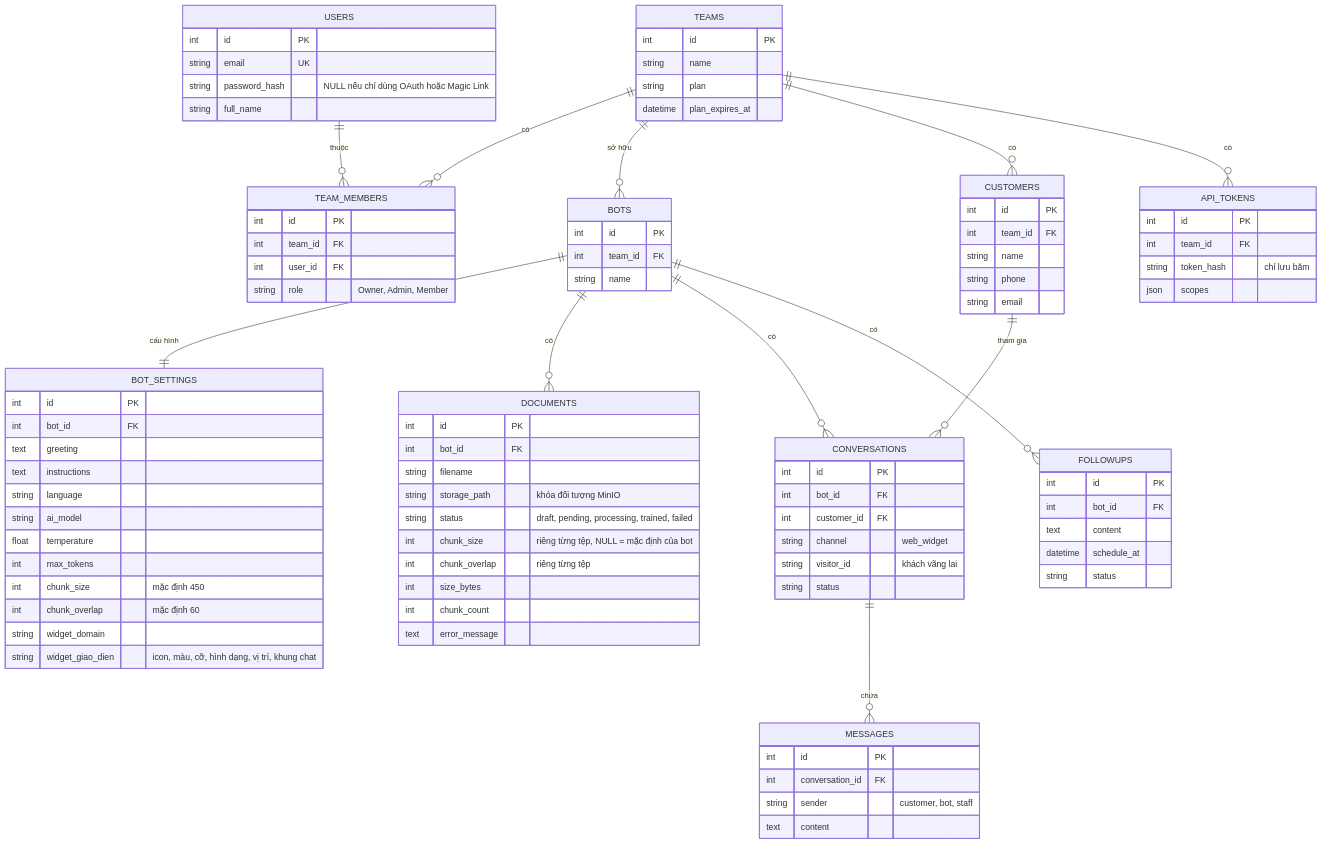
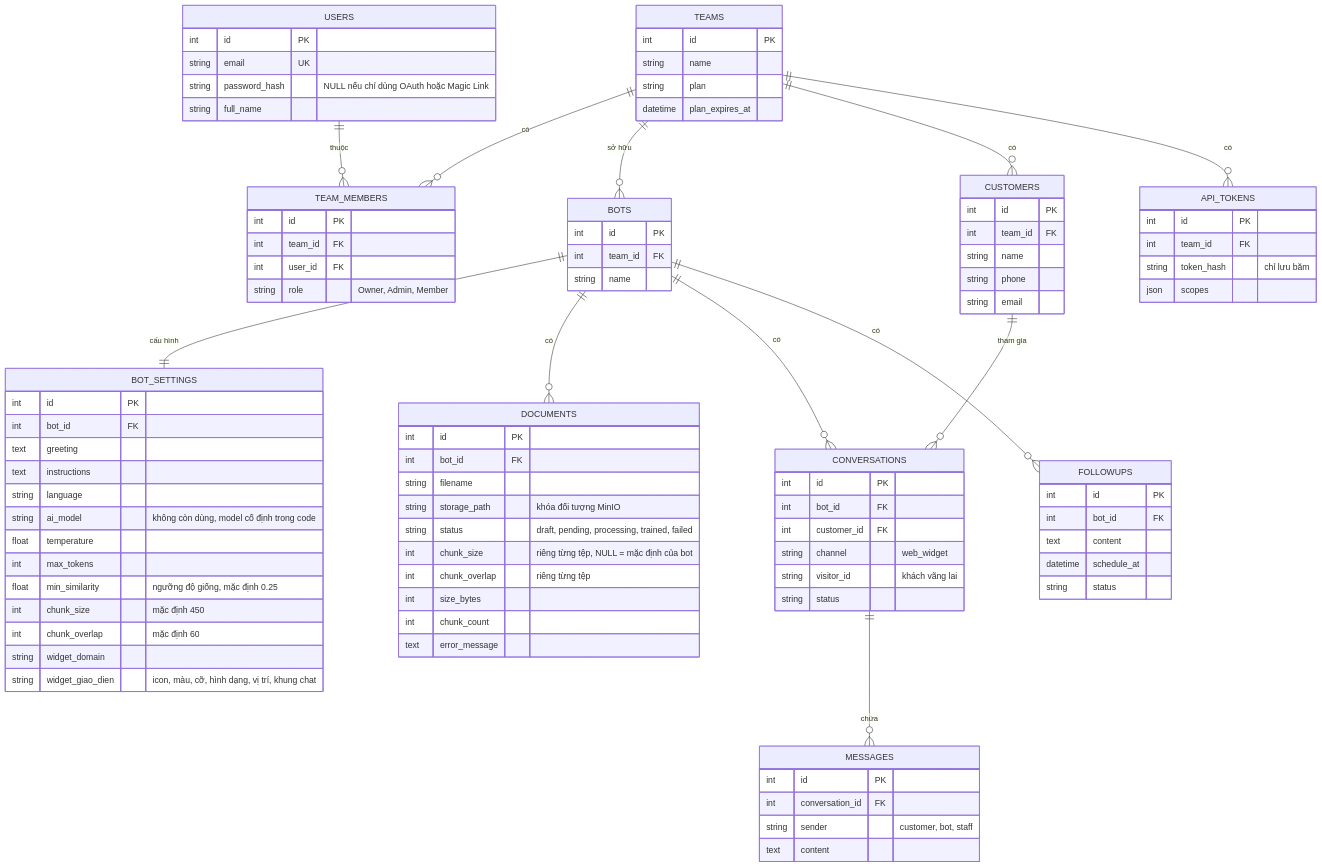
Before and after one commit to iuh21004175/CHATBOTAI-NOCODE: the fourth of 14 diagrams in docs/BAO_CAO_KY_THUAT.md, drawn with Mermaid. The commit also changed other lines of this file and 32 other files, not shown here.

```diff
--- a/docs/BAO_CAO_KY_THUAT.md
+++ b/docs/BAO_CAO_KY_THUAT.md
@@ -314,9 +315,10 @@
         text greeting
         text instructions
         string language
-        string ai_model
+        string ai_model "không còn dùng, model cố định trong code"
         float temperature
         int max_tokens
+        float min_similarity "ngưỡng độ giống, mặc định 0.25"
         int chunk_size "mặc định 450"
         int chunk_overlap "mặc định 60"
         string widget_domain
```
